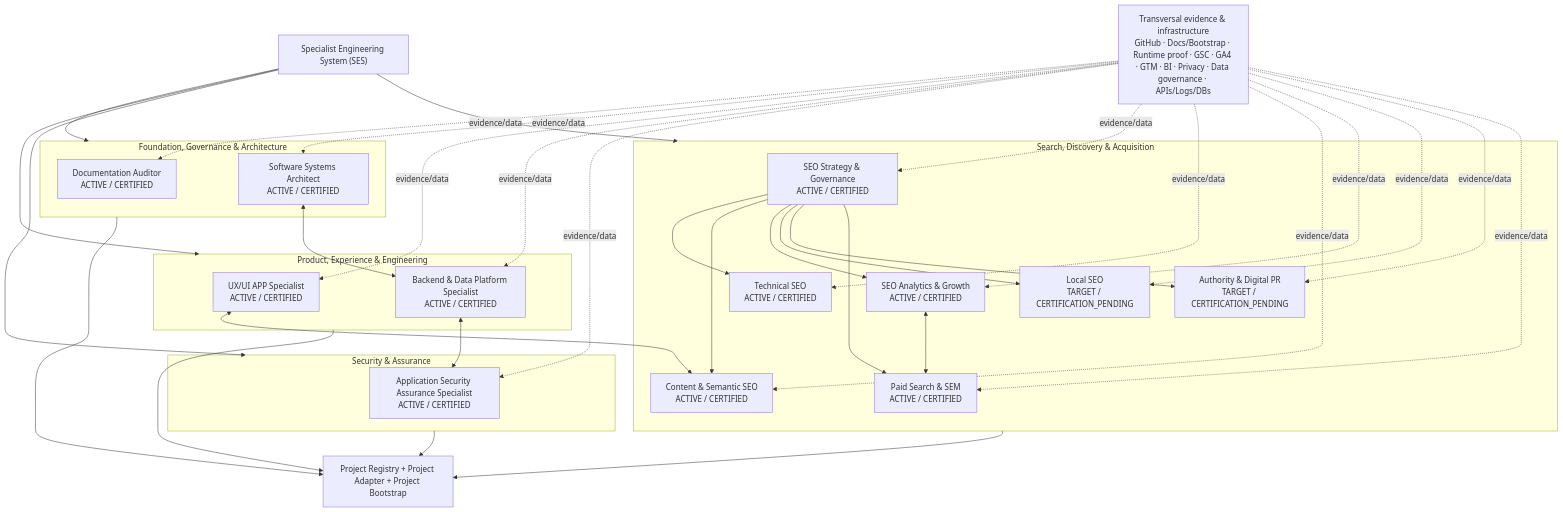
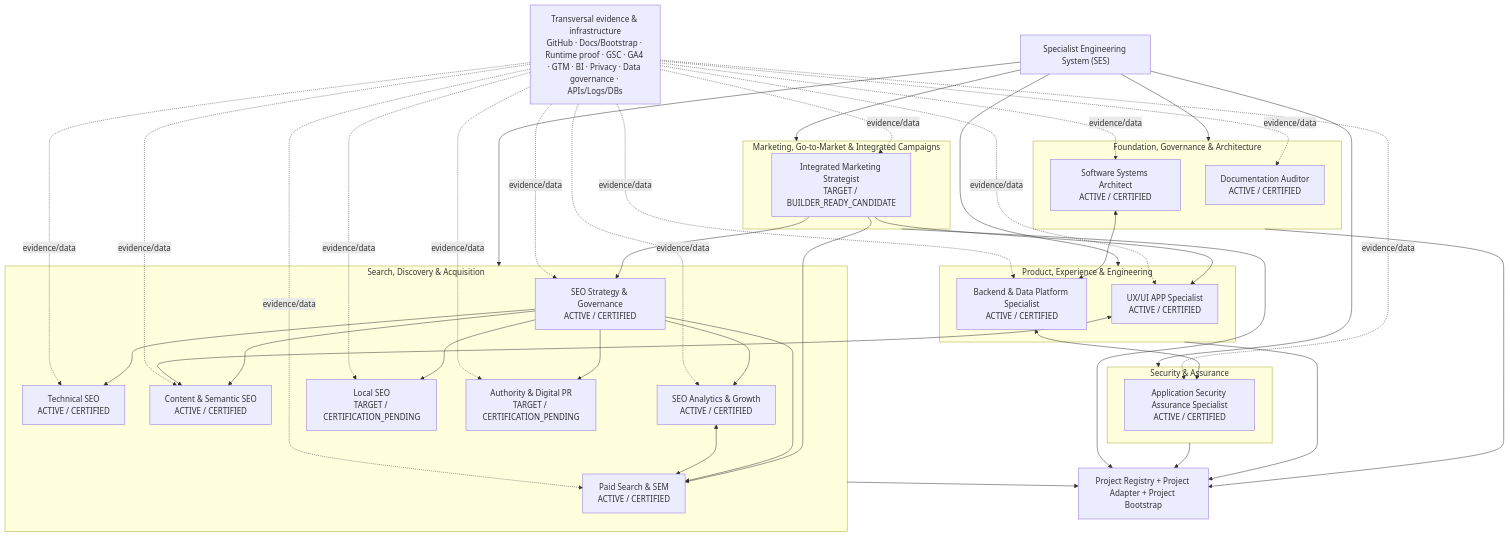
One commit to wagnerjfjunior/Specialist-Engineering-System changed the diagram in docs/architecture/CANONICAL_SPECIALIST_FRAMEWORK.md. Above: the diagram before and after it, drawn with Mermaid. The commit also changed other lines of this file and 14 other files, not shown here.

Commit message:
feat: add Integrated Marketing Strategist v0.1 candidate

````diff
--- a/docs/architecture/CANONICAL_SPECIALIST_FRAMEWORK.md
+++ b/docs/architecture/CANONICAL_SPECIALIST_FRAMEWORK.md
@@ -168,65 +181,76 @@
 ```mermaid
 flowchart TB
     SES["Specialist Engineering System (SES)"]
 
     subgraph D1["Foundation, Governance & Architecture"]
       DA["Documentation Auditor<br/>ACTIVE / CERTIFIED"]
       SSA["Software Systems Architect<br/>ACTIVE / CERTIFIED"]
     end
 
     subgraph D2["Product, Experience & Engineering"]
       UX["UX/UI APP Specialist<br/>ACTIVE / CERTIFIED"]
       BE["Backend & Data Platform Specialist<br/>ACTIVE / CERTIFIED"]
     end
 
     subgraph D3["Security & Assurance"]
       AS["Application Security Assurance Specialist<br/>ACTIVE / CERTIFIED"]
     end
 
     subgraph D4["Search, Discovery & Acquisition"]
       S1["SEO Strategy & Governance<br/>ACTIVE / CERTIFIED"]
       S2["Technical SEO<br/>ACTIVE / CERTIFIED"]
       S3["Content & Semantic SEO<br/>ACTIVE / CERTIFIED"]
       S4["SEO Analytics & Growth<br/>ACTIVE / CERTIFIED"]
       S5["Local SEO<br/>TARGET / CERTIFICATION_PENDING"]
       S6["Authority & Digital PR<br/>TARGET / CERTIFICATION_PENDING"]
       S7["Paid Search & SEM<br/>ACTIVE / CERTIFIED"]
     end
 
+    subgraph D5["Marketing, Go-to-Market & Integrated Campaigns"]
+      IMS["Integrated Marketing Strategist<br/>TARGET / BUILDER_READY_CANDIDATE"]
+    end
+
     SES --> D1
     SES --> D2
     SES --> D3
     SES --> D4
+    SES --> D5
+
+    IMS --> S1
+    IMS --> S7
+    IMS --> UX
 
     S1 --> S2
     S1 --> S3
     S1 --> S4
     S1 --> S5
     S1 --> S6
     S1 --> S7
 
     SSA <--> BE
     BE <--> AS
     UX <--> S3
     S4 <--> S7
 
     E["Transversal evidence & infrastructure<br/>GitHub · Docs/Bootstrap · Runtime proof · GSC · GA4 · GTM · BI · Privacy · Data governance · APIs/Logs/DBs"]
     E -. evidence/data .-> DA
     E -. evidence/data .-> SSA
     E -. evidence/data .-> UX
     E -. evidence/data .-> BE
     E -. evidence/data .-> AS
     E -. evidence/data .-> S1
     E -. evidence/data .-> S2
     E -. evidence/data .-> S3
     E -. evidence/data .-> S4
     E -. evidence/data .-> S5
     E -. evidence/data .-> S6
     E -. evidence/data .-> S7
+    E -. evidence/data .-> IMS
 
     P["Project Registry + Project Adapter + Project Bootstrap"]
     D1 --> P
     D2 --> P
     D3 --> P
     D4 --> P
+    D5 --> P
 ```
````
